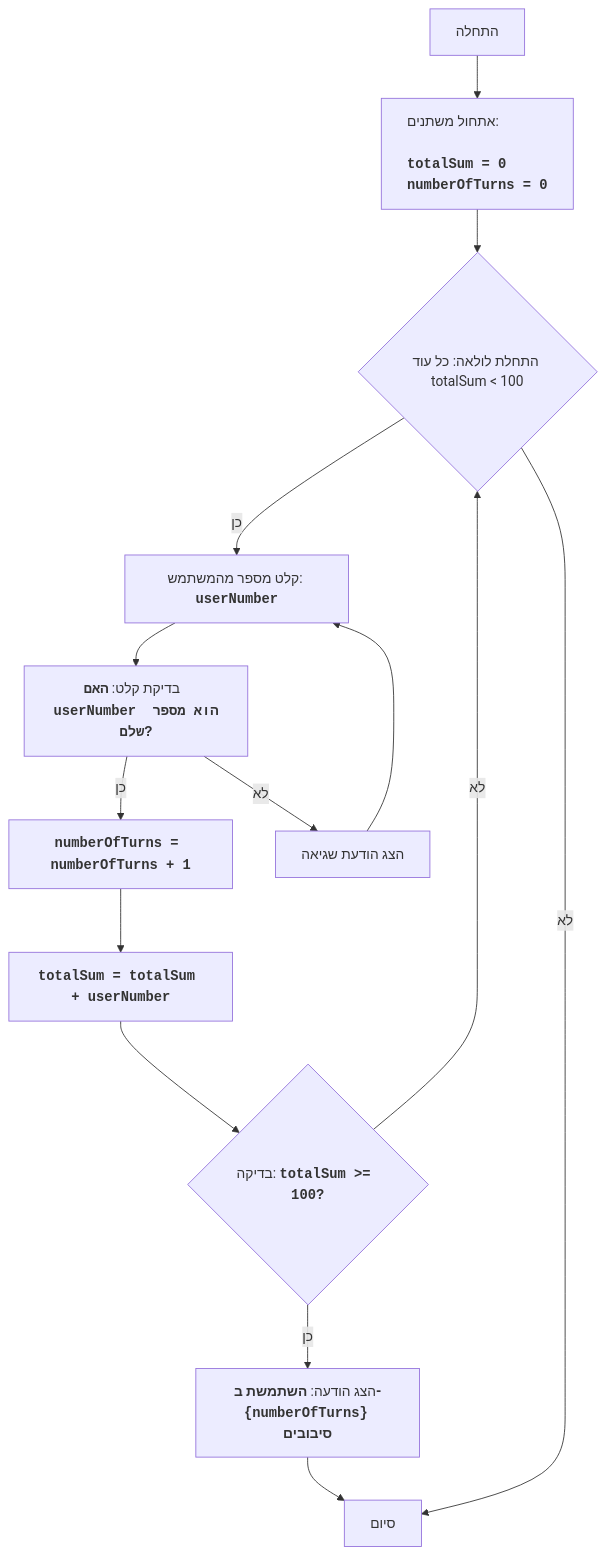
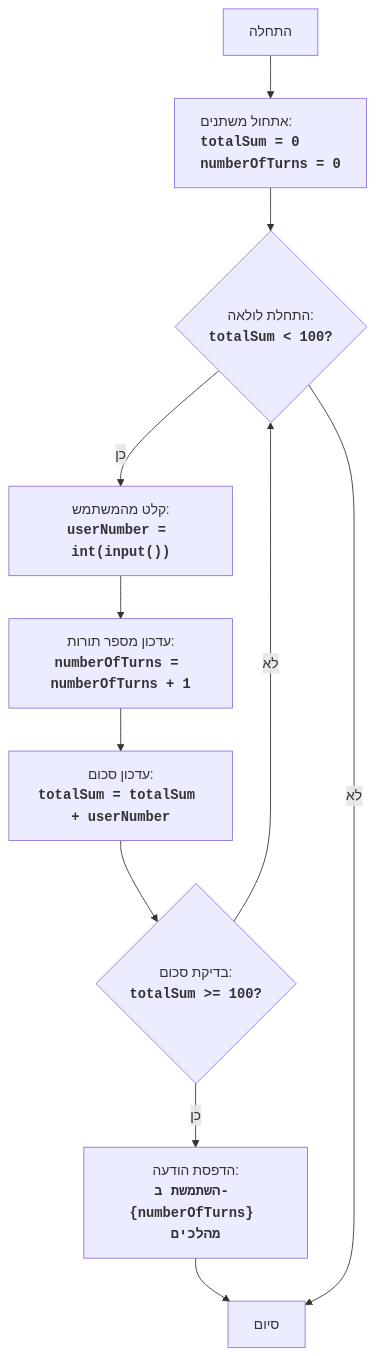
Before and after one commit to hypo69/hypo: the diagram in docs/gemini/he/explainer/src/endpoints/ai_games/101_basic_computer_games/ru/GAMES/FIPFOP/README.MD.md, drawn with Mermaid. The commit also changed other lines of this file and 885 other files, not shown here.

````diff
--- a/docs/gemini/he/explainer/src/endpoints/ai_games/101_basic_computer_games/ru/GAMES/FIPFOP/README.MD.md
+++ b/docs/gemini/he/explainer/src/endpoints/ai_games/101_basic_computer_games/ru/GAMES/FIPFOP/README.MD.md
@@ -26,16 +24,13 @@
 ```mermaid
 flowchart TD
-    Start["התחלה"] --> InitializeVariables["<p align='left'>אתחול משתנים:\n    <code><b>\n    totalSum = 0\n    numberOfTurns = 0\n    </b></code></p>"]
-    InitializeVariables --> LoopStart{"התחלת לולאה: כל עוד totalSum < 100"}
-    LoopStart -- כן --> InputNumber["קלט מספר מהמשתמש: <code><b>userNumber</b></code>"]
-    InputNumber --> CheckInput["בדיקת קלט: <code><b>האם userNumber הוא מספר שלם?</b></code>"]
-    CheckInput -- כן --> IncreaseTurns["<code><b>numberOfTurns = numberOfTurns + 1</b></code>"]
-    CheckInput -- לא --> ErrorMessage["הצג הודעת שגיאה"]
-    ErrorMessage --> InputNumber
-    IncreaseTurns --> AddNumber["<code><b>totalSum = totalSum + userNumber</b></code>"]
-    AddNumber --> CheckSum{"בדיקה: <code><b>totalSum >= 100?</b></code>"}
-    CheckSum -- כן --> OutputTurns["הצג הודעה: <b>השתמשת ב-<code>{numberOfTurns}</code> סיבובים</b>"]
+    Start["התחלה"] --> InitializeVariables["<p align='left'>אתחול משתנים:<br><code><b>totalSum = 0</b></code><br><code><b>numberOfTurns = 0</b></code></p>"]
+    InitializeVariables --> LoopStart{"התחלת לולאה: <br><code><b>totalSum < 100?</b></code>"}
+    LoopStart -- כן --> InputNumber["קלט מהמשתמש:<br><code><b>userNumber = int(input())</b></code>"]
+     InputNumber --> IncreaseTurns["עדכון מספר תורות:<br><code><b>numberOfTurns = numberOfTurns + 1</b></code>"]
+    IncreaseTurns --> AddNumber["עדכון סכום:<br><code><b>totalSum = totalSum + userNumber</b></code>"]
+     AddNumber --> CheckSum{"בדיקת סכום:<br><code><b>totalSum >= 100?</b></code>"}
+    CheckSum -- כן --> OutputTurns["הדפסת הודעה:<br><code><b>השתמשת ב- {numberOfTurns} מהלכים</b></code>"]
     OutputTurns --> End["סיום"]
-    CheckSum -- לא --> LoopStart
-    LoopStart -- לא --> End
+     CheckSum -- לא --> LoopStart
+     LoopStart -- לא --> End
 ```
````
